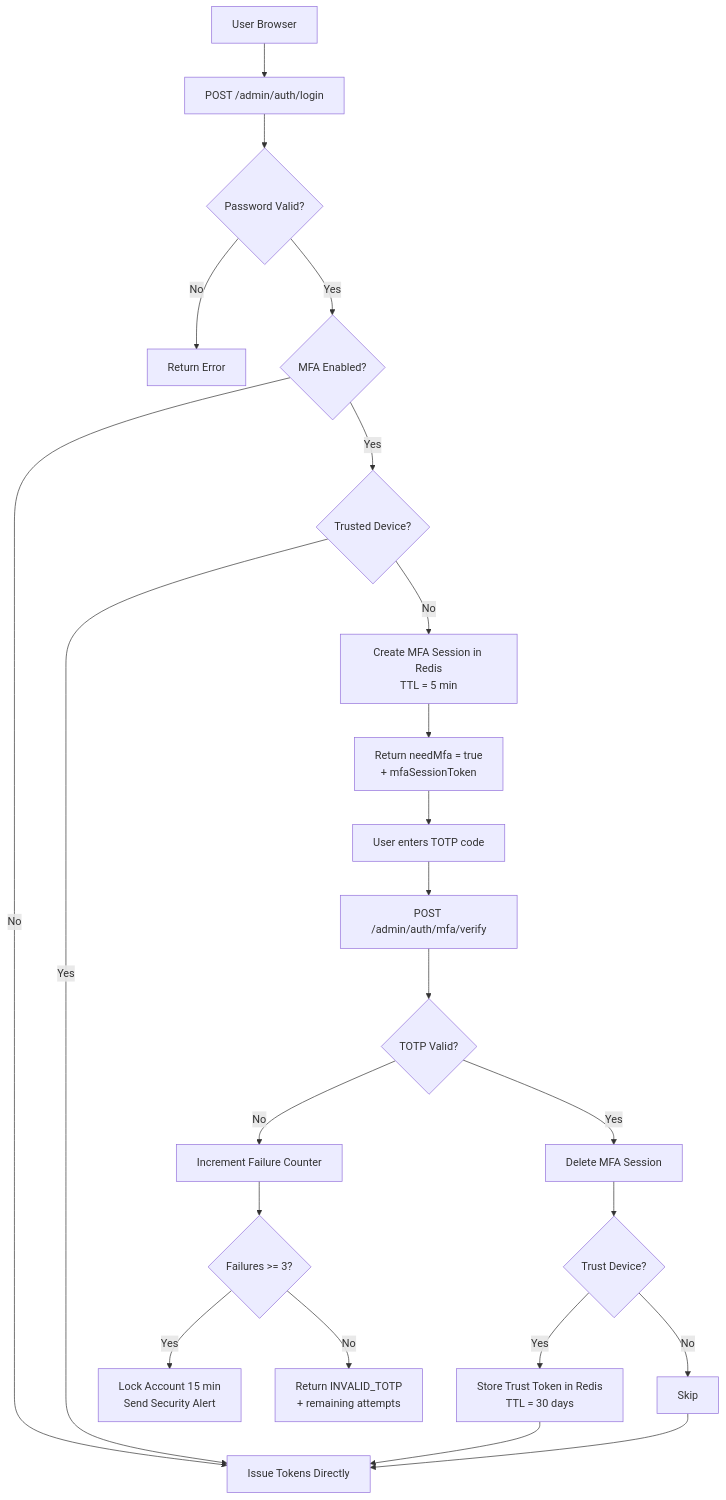
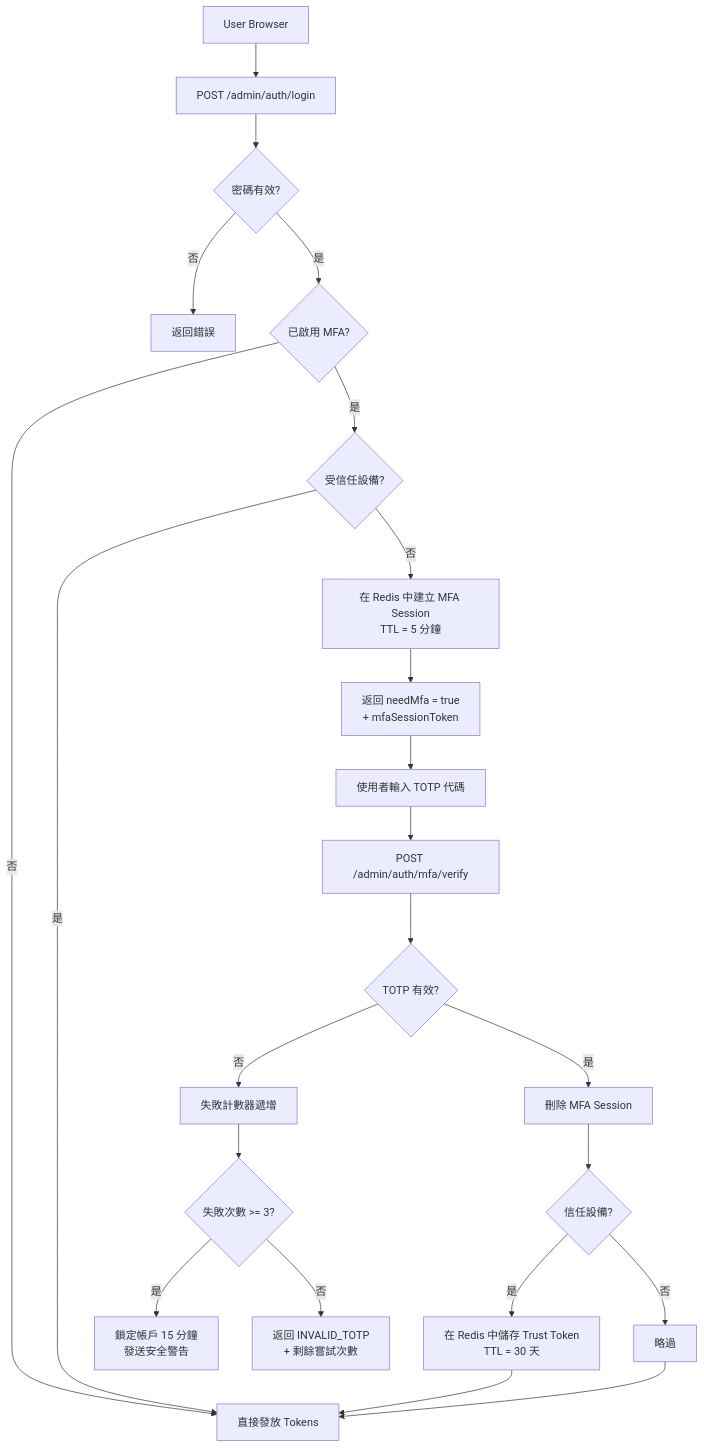
Before and after one commit to ron03wlb/smart-admin: the first of 4 diagrams in docs/iGaming/architecture/06_Platform_Core/MFA_Recovery_Implementation.md, drawn with Mermaid. The commit also changed other lines of this file and 4 other files, not shown here.

````diff
--- a/docs/iGaming/architecture/06_Platform_Core/MFA_Recovery_Implementation.md
+++ b/docs/iGaming/architecture/06_Platform_Core/MFA_Recovery_Implementation.md
@@ -12,30 +12,30 @@
 ```mermaid
 graph TD
     A[User Browser] --> B[POST /admin/auth/login]
-    B --> C{Password Valid?}
-    C -->|No| Z[Return Error]
-    C -->|Yes| D{MFA Enabled?}
+    B --> C{密碼有效?}
+    C -->|否| Z[返回錯誤]
+    C -->|是| D{已啟用 MFA?}
 
-    D -->|No| E[Issue Tokens Directly]
-    D -->|Yes| F{Trusted Device?}
+    D -->|否| E[直接發放 Tokens]
+    D -->|是| F{受信任設備?}
 
-    F -->|Yes| E
-    F -->|No| G[Create MFA Session in Redis<br/>TTL = 5 min]
-    G --> H[Return needMfa = true<br/>+ mfaSessionToken]
+    F -->|是| E
+    F -->|否| G[在 Redis 中建立 MFA Session<br/>TTL = 5 分鐘]
+    G --> H[返回 needMfa = true<br/>+ mfaSessionToken]
 
-    H --> I[User enters TOTP code]
+    H --> I[使用者輸入 TOTP 代碼]
     I --> J[POST /admin/auth/mfa/verify]
-    J --> K{TOTP Valid?}
+    J --> K{TOTP 有效?}
 
-    K -->|Yes| L[Delete MFA Session]
-    L --> M{Trust Device?}
-    M -->|Yes| N[Store Trust Token in Redis<br/>TTL = 30 days]
-    M -->|No| O[Skip]
+    K -->|是| L[刪除 MFA Session]
+    L --> M{信任設備?}
+    M -->|是| N[在 Redis 中儲存 Trust Token<br/>TTL = 30 天]
+    M -->|否| O[略過]
     N --> E
     O --> E
 
-    K -->|No| P[Increment Failure Counter]
-    P --> Q{Failures >= 3?}
-    Q -->|Yes| R[Lock Account 15 min<br/>Send Security Alert]
-    Q -->|No| S[Return INVALID_TOTP<br/>+ remaining attempts]
+    K -->|否| P[失敗計數器遞增]
+    P --> Q{失敗次數 >= 3?}
+    Q -->|是| R[鎖定帳戶 15 分鐘<br/>發送安全警告]
+    Q -->|否| S[返回 INVALID_TOTP<br/>+ 剩餘嘗試次數]
 ```
````
